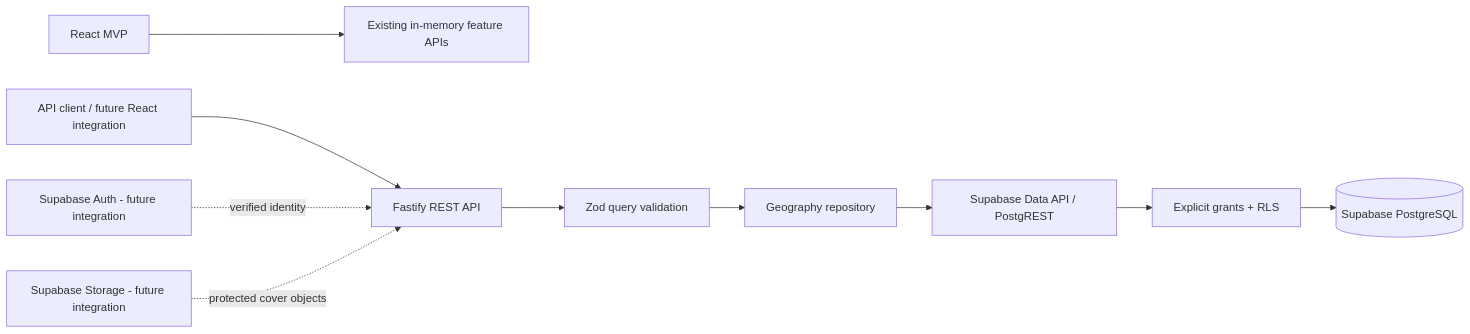
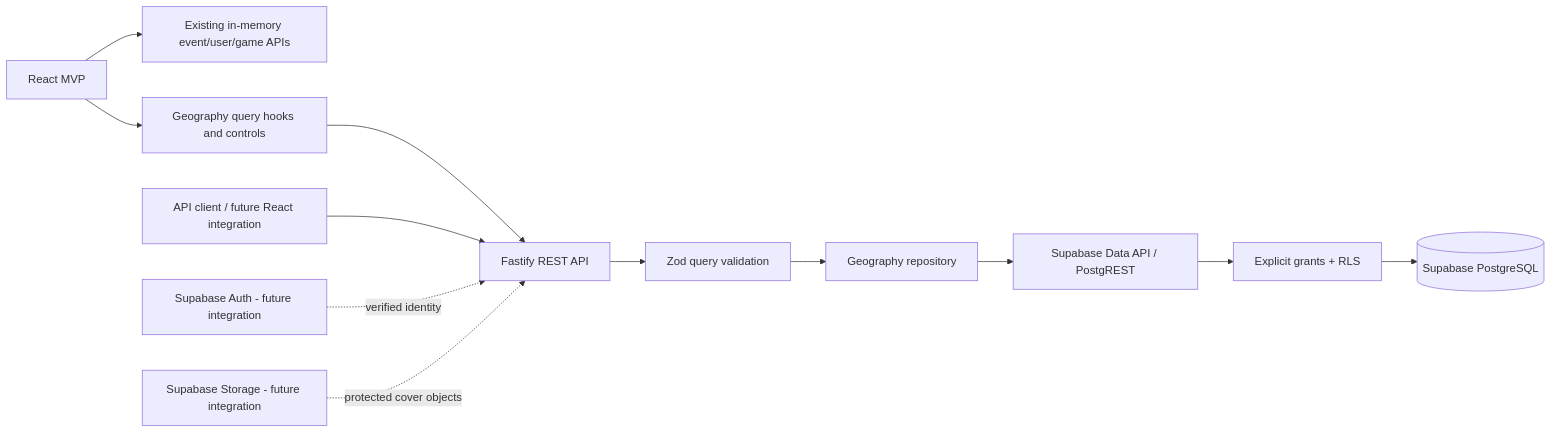
Before and after one commit to ognjen-raickovic/rollcall_v2: the diagram in docs/backend-architecture.md, drawn with Mermaid. The commit also changed other lines of this file and 48 other files, not shown here.

````diff
--- a/docs/backend-architecture.md
+++ b/docs/backend-architecture.md
@@ -11,12 +11,14 @@
 ```mermaid
 flowchart LR
-  Demo[React MVP] --> Mocks[Existing in-memory feature APIs]
+  Demo[React MVP] --> Mocks[Existing in-memory event/user/game APIs]
+  Demo --> GeoUI[Geography query hooks and controls]
+  GeoUI --> API
   Client[API client / future React integration] --> API[Fastify REST API]
   API --> Validation[Zod query validation]
   Validation --> Geography[Geography repository]
   Geography --> DataAPI[Supabase Data API / PostgREST]
   DataAPI --> RLS[Explicit grants + RLS]
   RLS --> PG[(Supabase PostgreSQL)]
   FutureAuth[Supabase Auth - future integration] -. verified identity .-> API
   FutureStorage[Supabase Storage - future integration] -. protected cover objects .-> API
 ```
````
